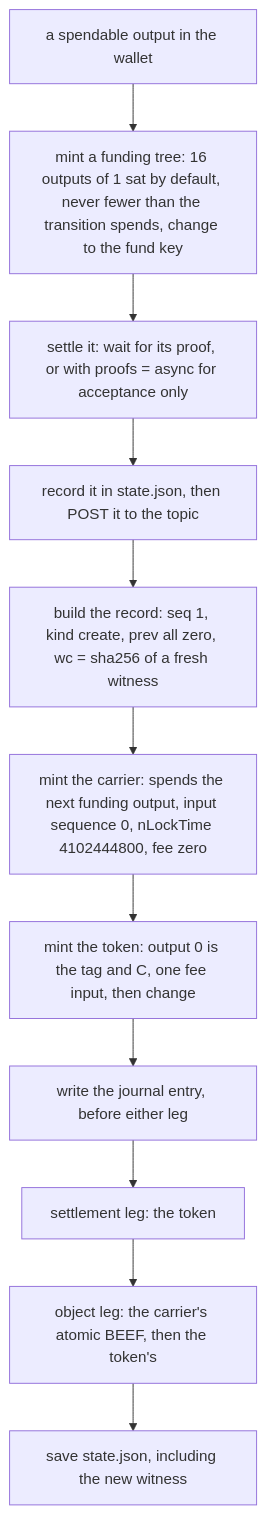
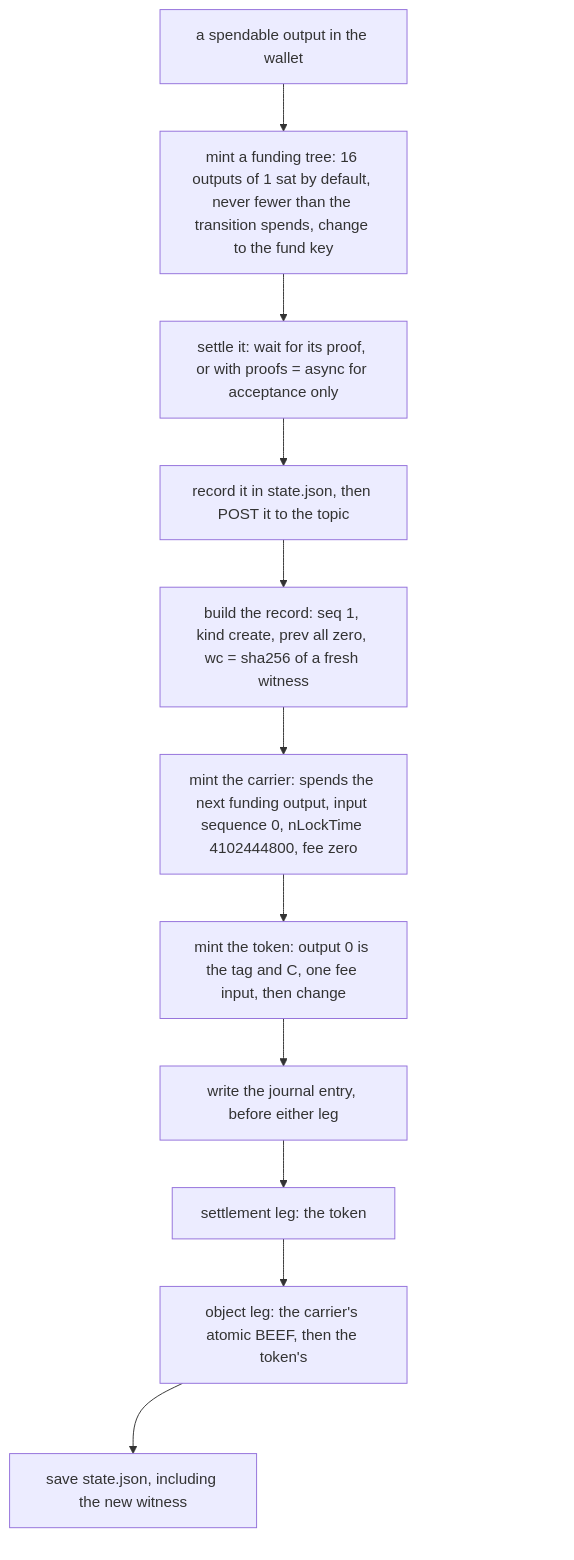
Before and after one commit to lightwebinc/bfinger: the eighth of 19 diagrams in docs/flows.md, drawn with Mermaid. The commit also changed other lines of this file and 9 other files, not shown here.

First line of the commit message:
[Fix] diagrams: a spacer where the viewer's controls land

````diff
--- a/docs/flows.md
+++ b/docs/flows.md
@@ -250,13 +275,18 @@
 ```mermaid
 flowchart TD
   WAL["a spendable output in the wallet"] --> TREE["mint a funding tree: 16 outputs of 1 sat by default, never fewer than the transition spends, change to the fund key"]
   TREE --> SET1["settle it: wait for its proof, or with proofs = async for acceptance only"]
   SET1 --> PUB1["record it in state.json, then POST it to the topic"]
   PUB1 --> REC["build the record: seq 1, kind create, prev all zero, wc = sha256 of a fresh witness"]
   REC --> CAR["mint the carrier: spends the next funding output, input sequence 0, nLockTime 4102444800, fee zero"]
   CAR --> TOK["mint the token: output 0 is the tag and C, one fee input, then change"]
   TOK --> J["write the journal entry, before either leg"]
   J --> SET2["settlement leg: the token"]
   SET2 --> OBJ["object leg: the carrier's atomic BEEF, then the token's"]
   OBJ --> ST["save state.json, including the new witness"]
+  %% The last node is an invisible spacer in the rightmost rank: the rendered
+  %% viewer places its zoom and pan controls over the bottom-right corner.
+  OBJ ~~~ pad
+  pad["&nbsp;&nbsp;&nbsp;&nbsp;&nbsp;&nbsp;&nbsp;&nbsp;&nbsp;&nbsp;&nbsp;&nbsp;&nbsp;&nbsp;&nbsp;&nbsp;&nbsp;&nbsp;&nbsp;&nbsp;&nbsp;&nbsp;&nbsp;&nbsp;&nbsp;&nbsp;&nbsp;&nbsp;&nbsp;&nbsp;&nbsp;&nbsp;&nbsp;&nbsp;&nbsp;&nbsp;&nbsp;&nbsp;&nbsp;&nbsp;&nbsp;&nbsp;&nbsp;&nbsp;&nbsp;&nbsp;&nbsp;&nbsp;<br/>&nbsp;<br/>&nbsp;<br/>&nbsp;"]:::pad
+  classDef pad fill:none,stroke:none,color:transparent
 ```
````
